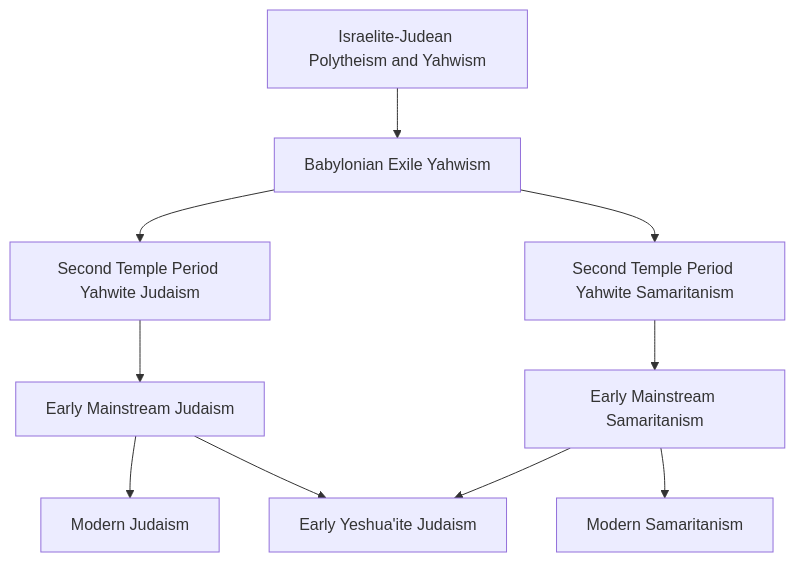
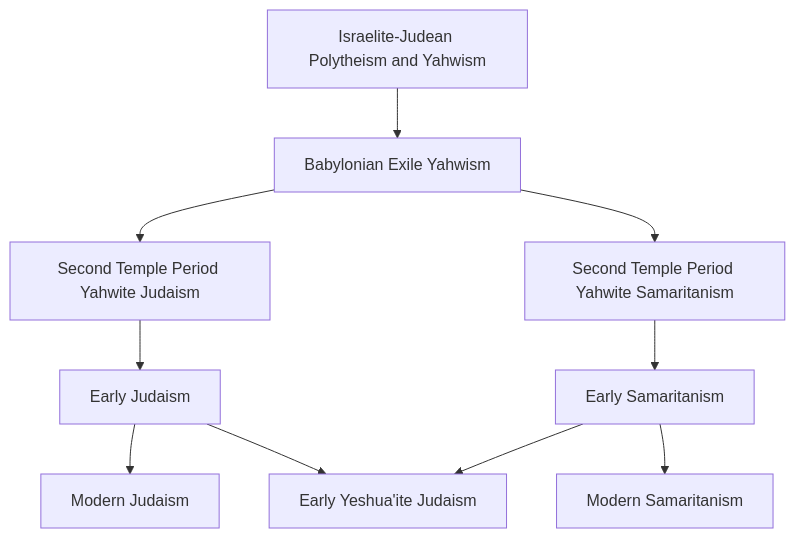
One commit to bendqh1/mermaid changed the diagram in emergence_of_judaism_and_samaritanism.mermaid. Above: the diagram before and after it, drawn with Mermaid.

```diff
--- a/emergence_of_judaism_and_samaritanism.mermaid
+++ b/emergence_of_judaism_and_samaritanism.mermaid
@@ -1,12 +1,12 @@
 flowchart TD
     A1[Israelite-Judean Polytheism and Yahwism]
     A1 --> A2[Babylonian Exile Yahwism]
     A2 --> A3[Second Temple Period Yahwite Judaism] 
     A2 --> A4[Second Temple Period Yahwite Samaritanism]
 
-    A3 --> B1[Early Mainstream Judaism]
-    A4 --> B2[Early Mainstream Samaritanism]
+    A3 --> B1[Early Judaism]
+    A4 --> B2[Early Samaritanism]
 
     B1 --> C1[Modern Judaism]
     B2 --> C2[Modern Samaritanism]
     B1 & B2 --> XX1[Early Yeshua'ite Judaism]
```
